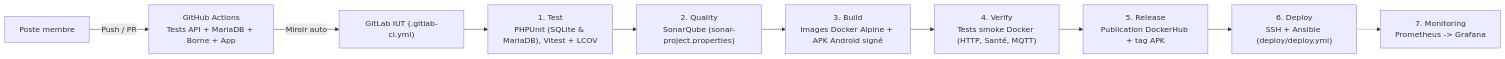
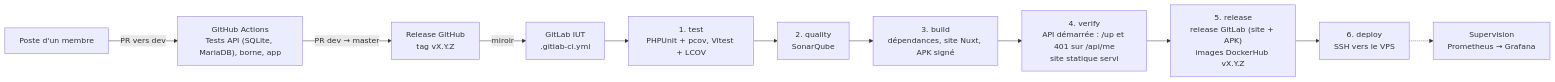
Before and after one commit to Scubatana/scubanion: the diagram in docs/r507-pipeline.md, drawn with Mermaid. The commit also changed other lines of this file and 1 other file, not shown here.

First line of the commit message:
docs: aligner r504 et r507 sur ce qui tourne réellement

````diff
--- a/docs/r507-pipeline.md
+++ b/docs/r507-pipeline.md
@@ -16,12 +16,13 @@
 ```mermaid
 flowchart LR
-  DEV["Poste membre"] -->|"Push / PR"| GH["GitHub Actions<br/>Tests API + MariaDB + Borne + App"]
-  GH -->|"Miroir auto"| GL["GitLab IUT (.gitlab-ci.yml)"]
-  GL --> T["1. Test<br/>PHPUnit (SQLite & MariaDB), Vitest + LCOV"]
-  T --> Q["2. Quality<br/>SonarQube (sonar-project.properties)"]
-  Q --> B["3. Build<br/>Images Docker Alpine + APK Android signé"]
-  B --> V["4. Verify<br/>Tests smoke Docker (HTTP, Santé, MQTT)"]
-  V --> R["5. Release<br/>Publication DockerHub + tag APK"]
-  R --> D["6. Deploy<br/>SSH + Ansible (deploy/deploy.yml)"]
-  D -.-> M["7. Monitoring<br/>Prometheus -> Grafana"]
+  DEV["Poste d'un membre"] -->|"PR vers dev"| GHA["GitHub Actions<br/>Tests API (SQLite, MariaDB), borne, app"]
+  GHA -->|"PR dev → master"| REL["Release GitHub<br/>tag vX.Y.Z"]
+  REL -->|"miroir"| GL["GitLab IUT<br/>.gitlab-ci.yml"]
+  GL --> T["1. test<br/>PHPUnit + pcov, Vitest + LCOV"]
+  T --> Q["2. quality<br/>SonarQube"]
+  Q --> B["3. build<br/>dépendances, site Nuxt, APK signé"]
+  B --> V["4. verify<br/>API démarrée : /up et 401 sur /api/me<br/>site statique servi"]
+  V --> R["5. release<br/>release GitLab (site + APK)<br/>images DockerHub vX.Y.Z"]
+  R --> D["6. deploy<br/>SSH vers le VPS"]
+  D -.-> M["Supervision<br/>Prometheus → Grafana"]
 ```
````
